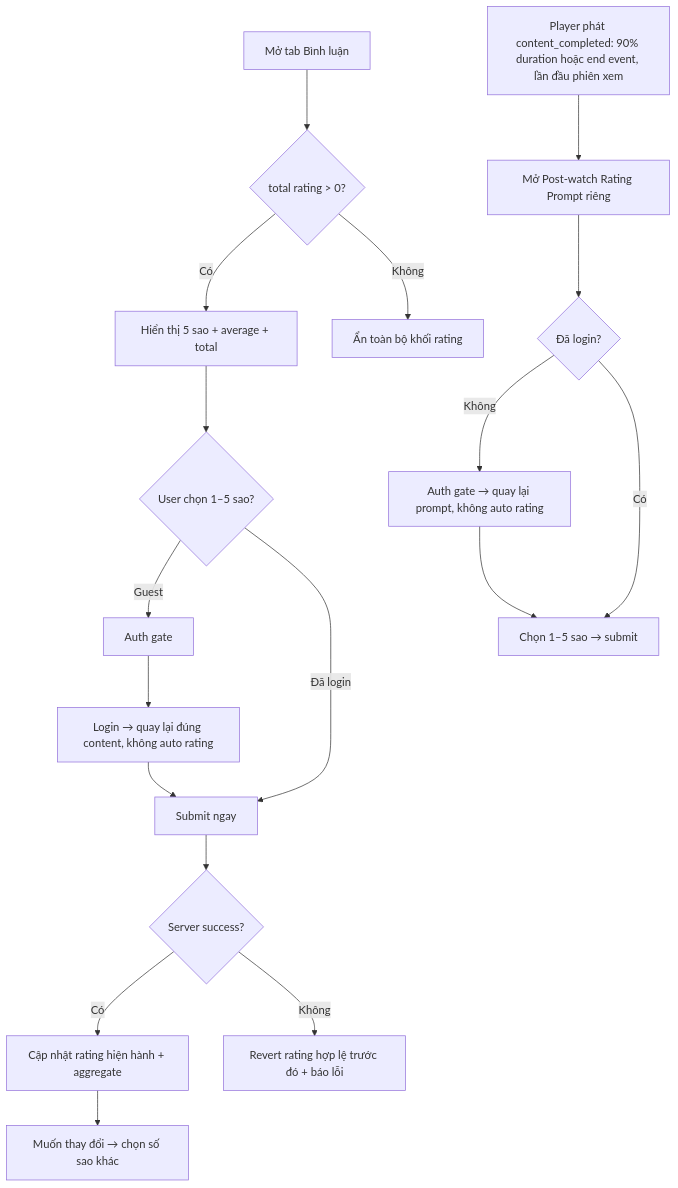
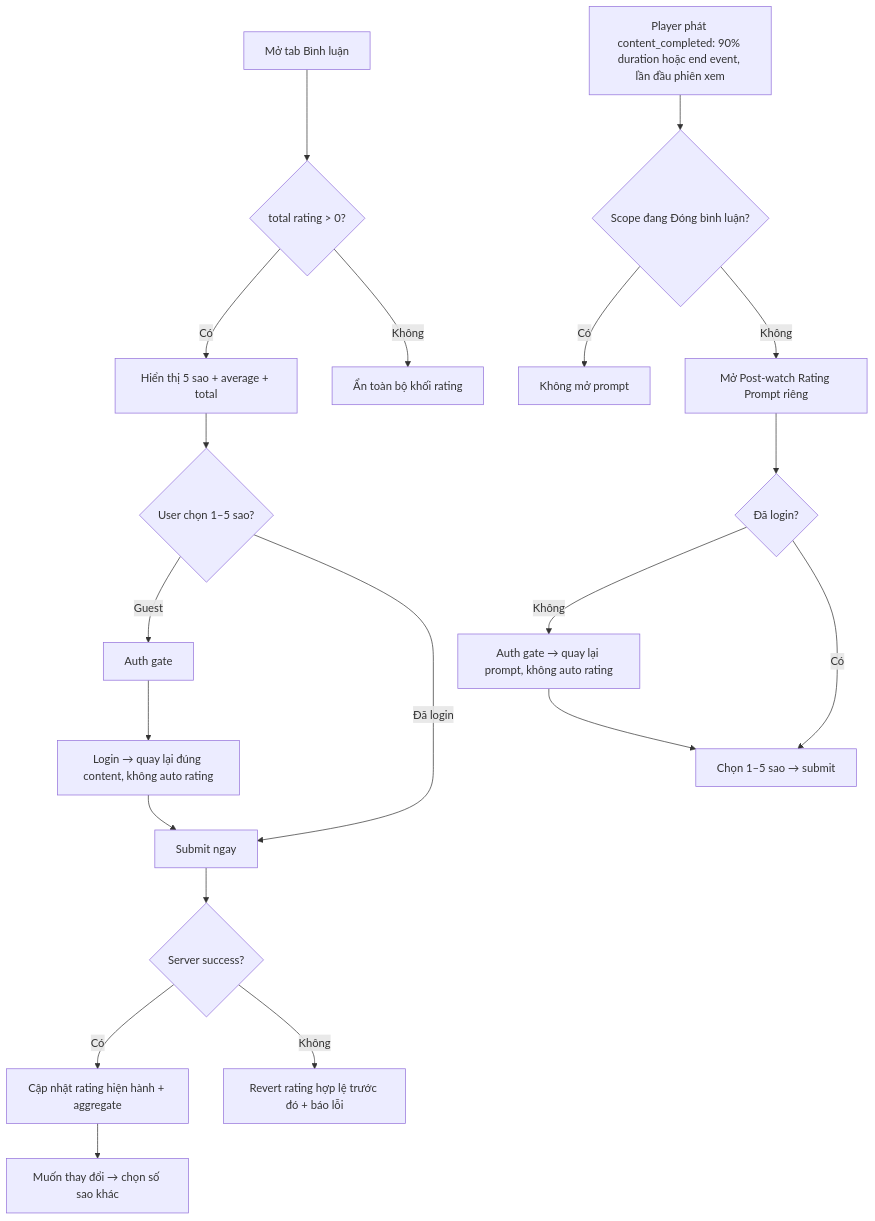
Before and after one commit to TanUIUX/MyTV-Comment: the diagram in EP01_TRAI_NGHIEM_BINH_LUAN_VA_DANH_GIA/US03_USER_FLOW.md, drawn with Mermaid. The commit also changed other lines of this file and 23 other files, not shown here.

````diff
--- a/EP01_TRAI_NGHIEM_BINH_LUAN_VA_DANH_GIA/US03_USER_FLOW.md
+++ b/EP01_TRAI_NGHIEM_BINH_LUAN_VA_DANH_GIA/US03_USER_FLOW.md
@@ -9,20 +9,22 @@
 ```mermaid
 flowchart TD
  A[Mở tab Bình luận] --> B{total rating > 0?}
  B -->|Có| C[Hiển thị 5 sao + average + total]
  B -->|Không| D[Ẩn toàn bộ khối rating]
  C --> E{User chọn 1–5 sao?}
  E -->|Guest| F[Auth gate]
  F --> G[Login → quay lại đúng content, không auto rating]
  E -->|Đã login| H[Submit ngay]
  G --> H
  H --> I{Server success?}
  I -->|Có| J[Cập nhật rating hiện hành + aggregate]
  I -->|Không| K[Revert rating hợp lệ trước đó + báo lỗi]
  J --> L[Muốn thay đổi → chọn số sao khác]
- M[Player phát content_completed: 90% duration hoặc end event, lần đầu phiên xem] --> N[Mở Post-watch Rating Prompt riêng]
+ M[Player phát content_completed: 90% duration hoặc end event, lần đầu phiên xem] --> M2{Scope đang Đóng bình luận?}
+ M2 -->|Có| M3[Không mở prompt]
+ M2 -->|Không| N[Mở Post-watch Rating Prompt riêng]
  N --> O{Đã login?}
  O -->|Không| P[Auth gate → quay lại prompt, không auto rating]
  O -->|Có| Q[Chọn 1–5 sao → submit]
  P --> Q
 ```
````
